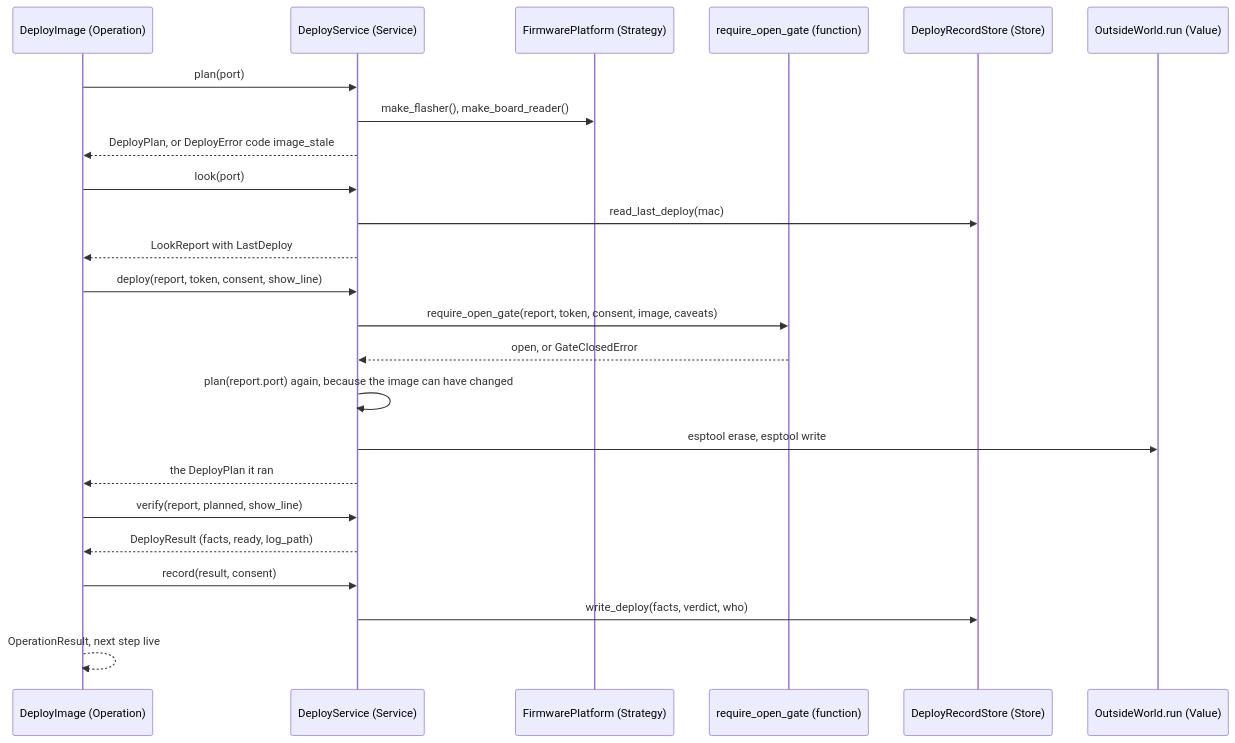
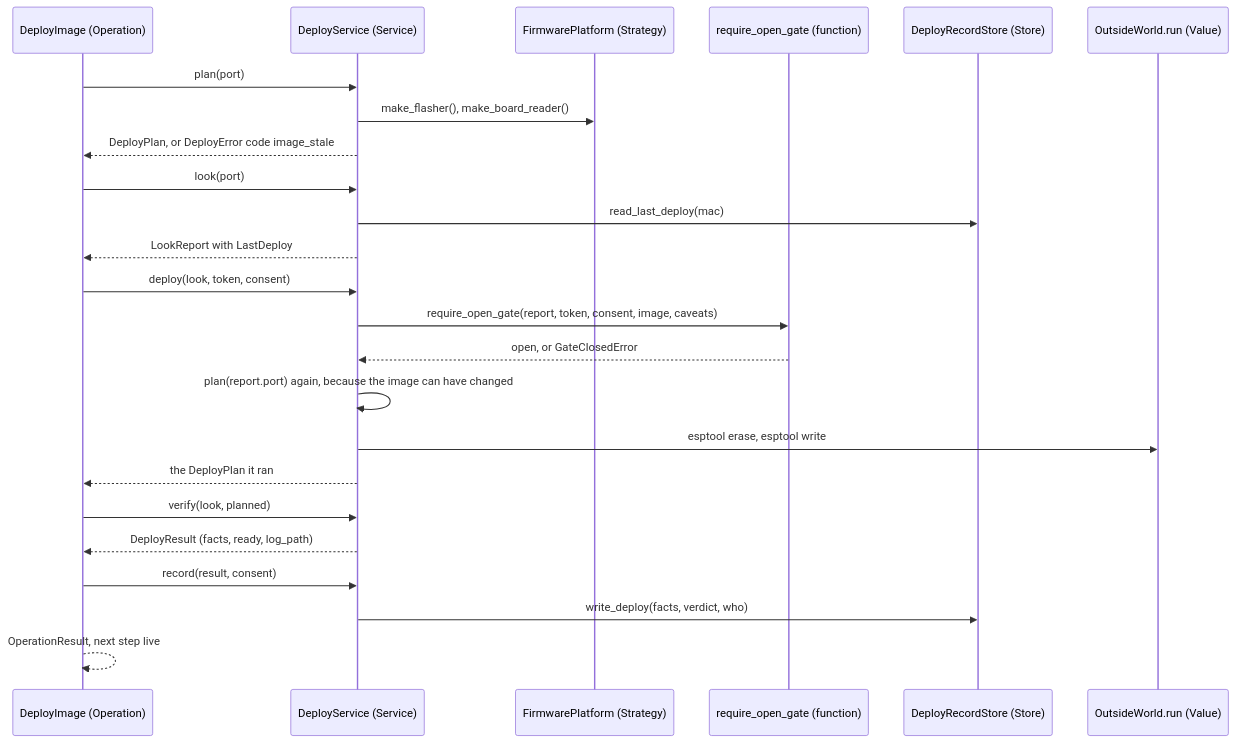
The fourth of 5 diagrams in docs/discovery/2026-10-19-p323-target-architecture/architecture/refactor-plan.md (xmejkal/spark), drawn with Mermaid before and after one commit. The commit also changed other lines of this file and 18 other files, not shown here.

Commit message:
P655: the review's fixes (DeployFlowService with a StageTrackingReporter and the Asked value, the stages in board_codes, the crash result keeps the yes and names the board's state with the look next, echo_fd, yes_kind required, private envelope helpers, the refactor-plan rows)

````diff
--- a/docs/discovery/2026-10-19-p323-target-architecture/architecture/refactor-plan.md
+++ b/docs/discovery/2026-10-19-p323-target-architecture/architecture/refactor-plan.md
@@ -174,26 +174,26 @@
 ```mermaid
 sequenceDiagram
   participant OP as DeployImage (Operation)
   participant DS as DeployService (Service)
   participant PL as FirmwarePlatform (Strategy)
   participant GT as require_open_gate (function)
   participant ST as DeployRecordStore (Store)
   participant OW as OutsideWorld.run (Value)
   OP->>DS: plan(port)
   DS->>PL: make_flasher(), make_board_reader()
   DS-->>OP: DeployPlan, or DeployError code image_stale
   OP->>DS: look(port)
   DS->>ST: read_last_deploy(mac)
   DS-->>OP: LookReport with LastDeploy
-  OP->>DS: deploy(report, token, consent, show_line)
+  OP->>DS: deploy(look, token, consent)
   DS->>GT: require_open_gate(report, token, consent, image, caveats)
   GT-->>DS: open, or GateClosedError
   DS->>DS: plan(report.port) again, because the image can have changed
   DS->>OW: esptool erase, esptool write
   DS-->>OP: the DeployPlan it ran
-  OP->>DS: verify(report, planned, show_line)
+  OP->>DS: verify(look, planned)
   DS-->>OP: DeployResult (facts, ready, log_path)
   OP->>DS: record(result, consent)
   DS->>ST: write_deploy(facts, verdict, who)
   OP-->>OP: OperationResult, next step live
 ```
````
